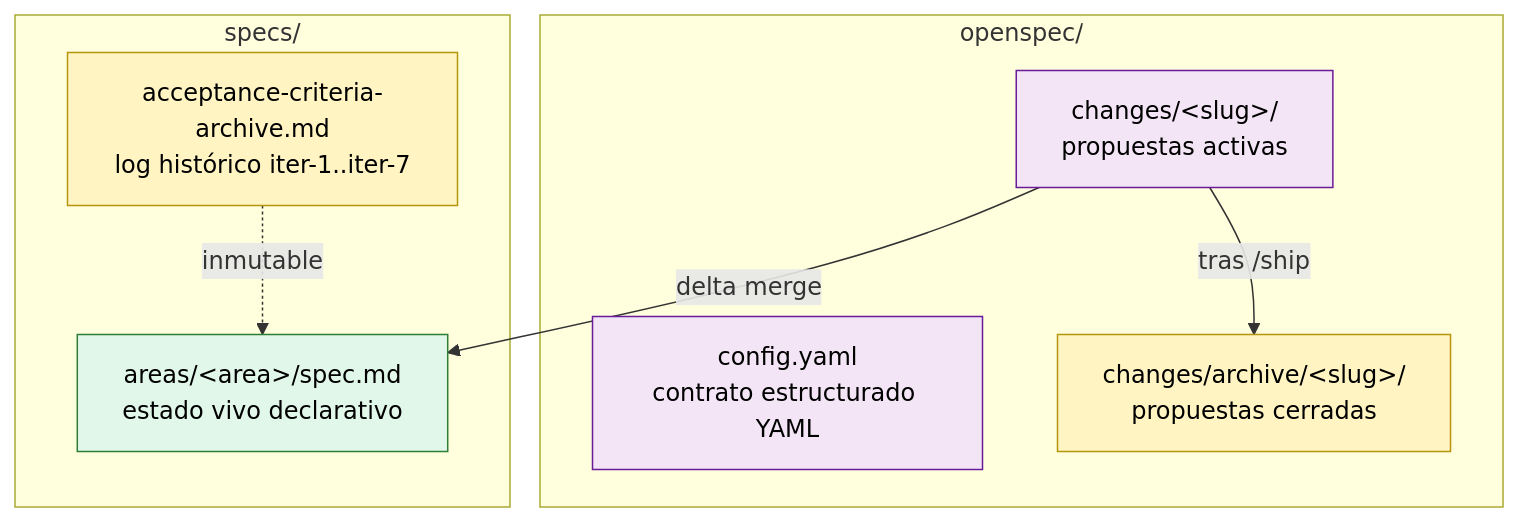
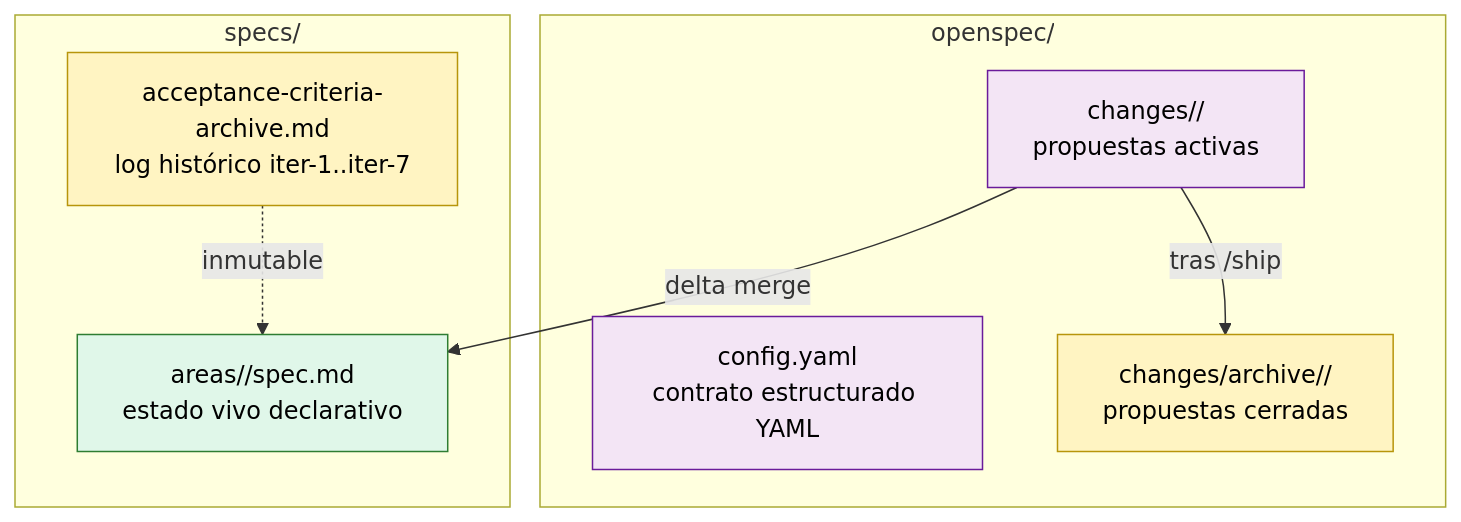
The sixth of 10 diagrams in docs/adlc-workflow.md (juananmora/adlc-claude-code-workspace), drawn with Mermaid before and after one commit. The commit also changed other lines of this file, not shown here.

First line of the commit message:
fix(docs): mermaid sintaxis + decodificar entidades HTML + quitar Accenture

````diff
--- a/docs/adlc-workflow.md
+++ b/docs/adlc-workflow.md
@@ -406,23 +406,23 @@
 ```mermaid
 flowchart TB
     subgraph OS[openspec/]
         CFG[config.yaml<br/>contrato estructurado YAML]
-        CHG[changes/&lt;slug&gt;/<br/>propuestas activas]
-        ARC[changes/archive/&lt;slug&gt;/<br/>propuestas cerradas]
+        CHG[changes/<slug>/<br/>propuestas activas]
+        ARC[changes/archive/<slug>/<br/>propuestas cerradas]
     end
     subgraph SP[specs/]
-        AR[areas/&lt;area&gt;/spec.md<br/>estado vivo declarativo]
+        AR[areas/<area>/spec.md<br/>estado vivo declarativo]
         HIST[acceptance-criteria-archive.md<br/>log histórico iter-1..iter-7]
     end
 
     CHG -->|tras /ship| ARC
     CHG -->|delta merge| AR
     HIST -.->|inmutable| AR
 
     classDef contract fill:#f3e5f5,stroke:#6a1b9a,color:#000
     classDef live fill:#e0f7e9,stroke:#2e7d32,color:#000
     classDef history fill:#fff4c2,stroke:#b7950b,color:#000
     class CFG,CHG contract
     class AR live
     class HIST,ARC history
 ```
````
